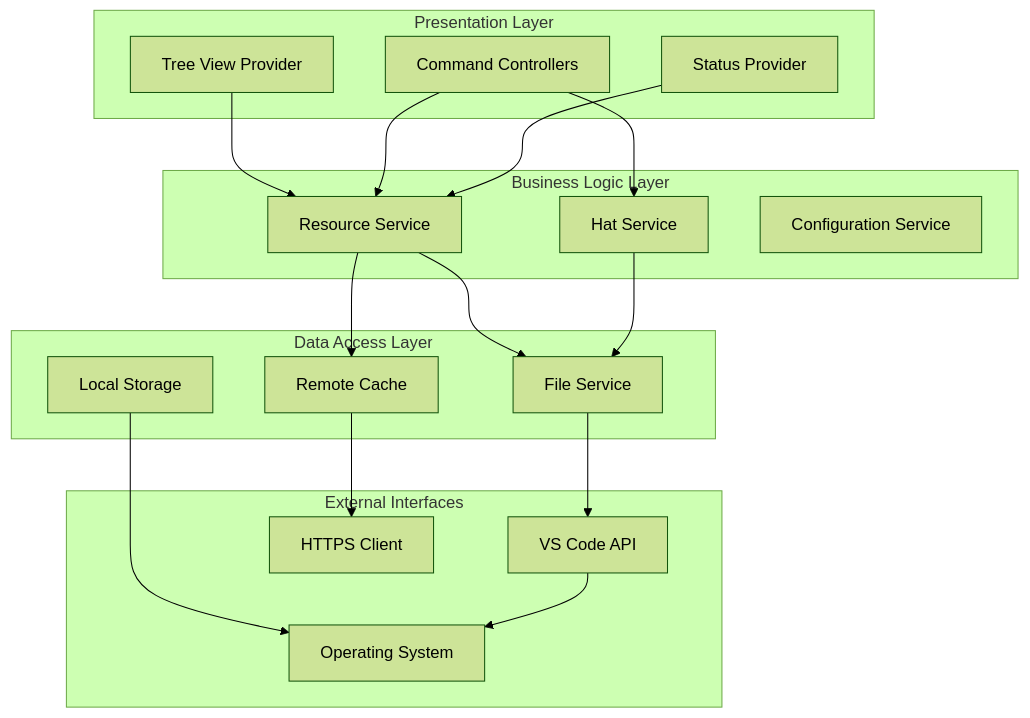
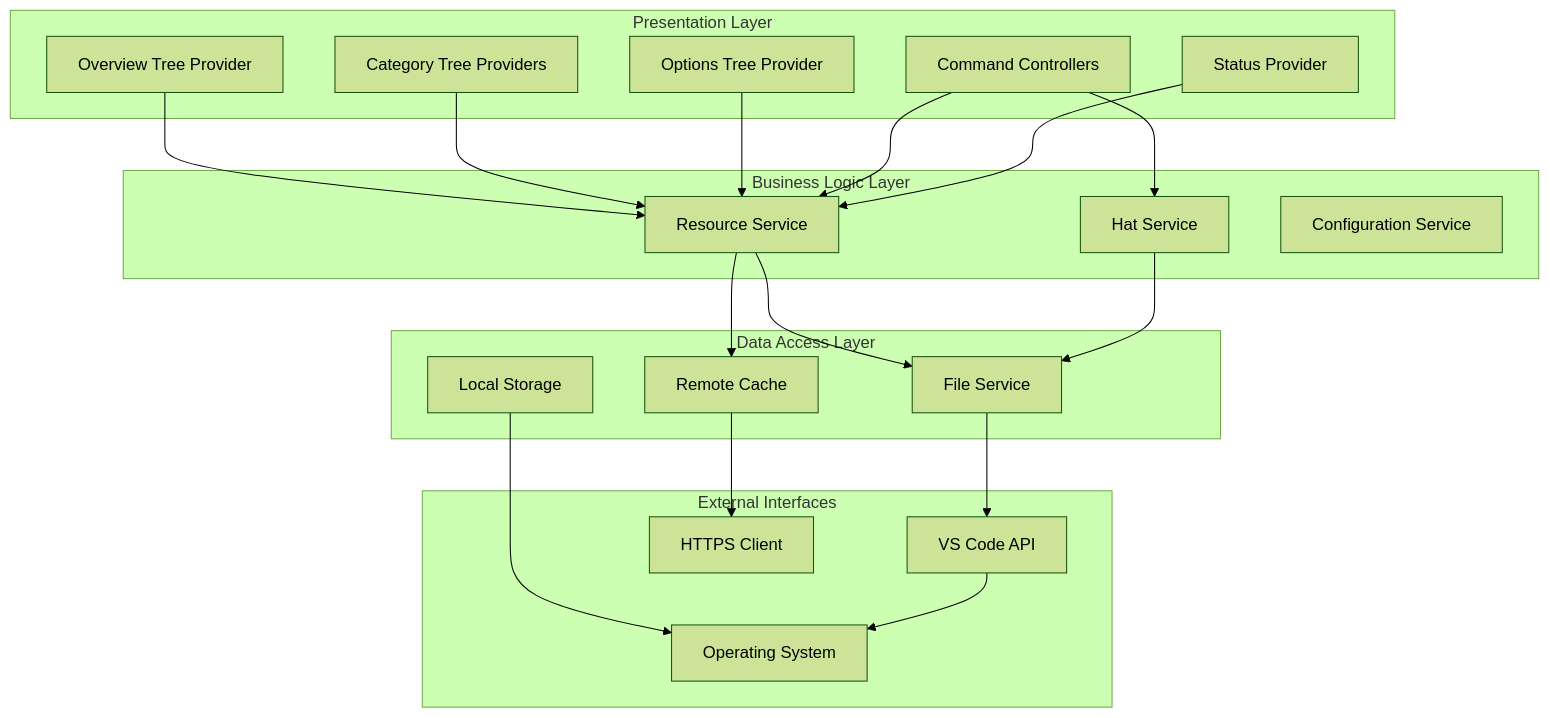
The second of 10 diagrams in SOFTWARE_ARCHITECTURE_SPECIFICATION.md (microsoft/ContextShare), drawn with Mermaid (forest theme) before and after one commit. The commit also changed other lines of this file and 20 other files, not shown here.

````diff
--- a/SOFTWARE_ARCHITECTURE_SPECIFICATION.md
+++ b/SOFTWARE_ARCHITECTURE_SPECIFICATION.md
@@ -135,41 +147,45 @@
 ```mermaid
 graph TB
     subgraph "Presentation Layer"
-        TV[Tree View Provider]
+        OTP[Overview Tree Provider]
+        CTP[Category Tree Providers]
+        OTP2[Options Tree Provider]
         CC[Command Controllers]
         SP[Status Provider]
     end
     
     subgraph "Business Logic Layer"
         RS[Resource Service]
         HS[Hat Service]
         CS[Configuration Service]
     end
     
     subgraph "Data Access Layer"
         FS[File Service]
         RC[Remote Cache]
         LS[Local Storage]
     end
     
     subgraph "External Interfaces"
         VSC[VS Code API]
         HTTP[HTTPS Client]
         OS[Operating System]
     end
     
-    TV --> RS
+    OTP --> RS
+    CTP --> RS
+    OTP2 --> RS
     CC --> RS
     CC --> HS
     SP --> RS
     
     RS --> FS
     HS --> FS
     RS --> RC
     
     FS --> VSC
     RC --> HTTP
     LS --> OS
     
     VSC --> OS
 ```
````
